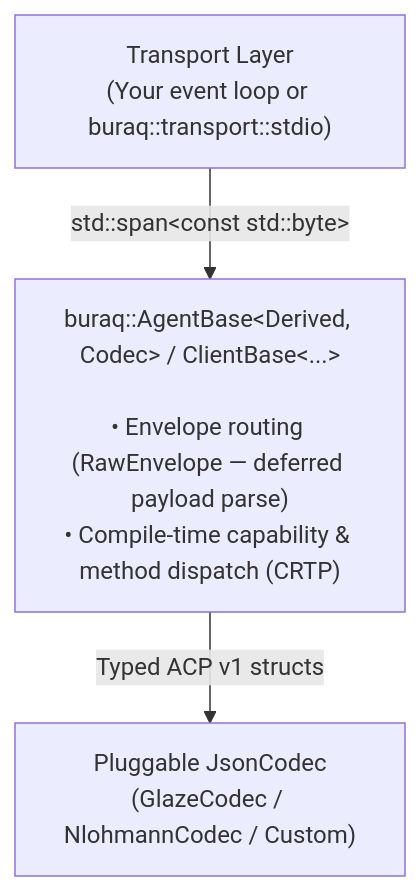
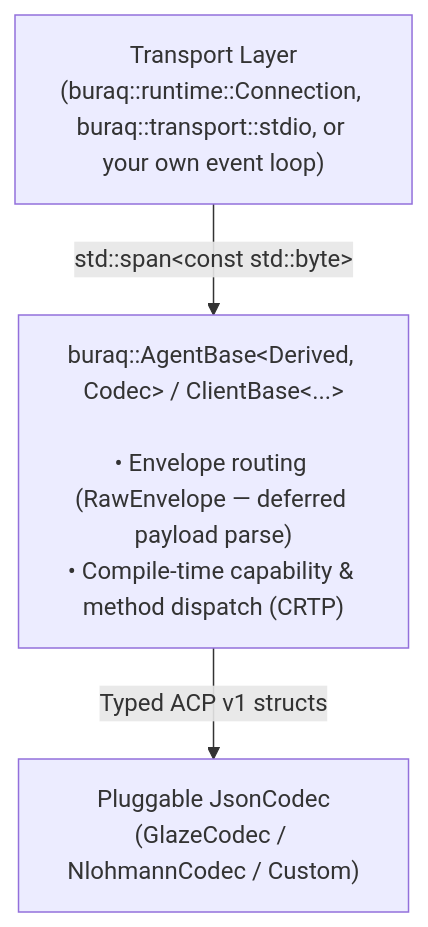
One commit to khubaibumer/buraq changed the diagram in README.md. Above: the diagram before and after it, drawn with Mermaid. The commit also changed other lines of this file and 22 other files, not shown here.

````diff
--- a/README.md
+++ b/README.md
@@ -30,9 +31,9 @@
 ```mermaid
 flowchart TB
-    A["Transport Layer<br/>(Your event loop or buraq::transport::stdio)"]
+    A["Transport Layer<br/>(buraq::runtime::Connection, buraq::transport::stdio, or your own event loop)"]
     B["buraq::AgentBase&lt;Derived, Codec&gt; / ClientBase&lt;...&gt;<br/><br/>• Envelope routing (RawEnvelope — deferred payload parse)<br/>• Compile-time capability &amp; method dispatch (CRTP)"]
     C["Pluggable JsonCodec<br/>(GlazeCodec / NlohmannCodec / Custom)"]
 
     A -->|"std::span&lt;const std::byte&gt;"| B
     B -->|"Typed ACP v1 structs"| C
 ```
````
